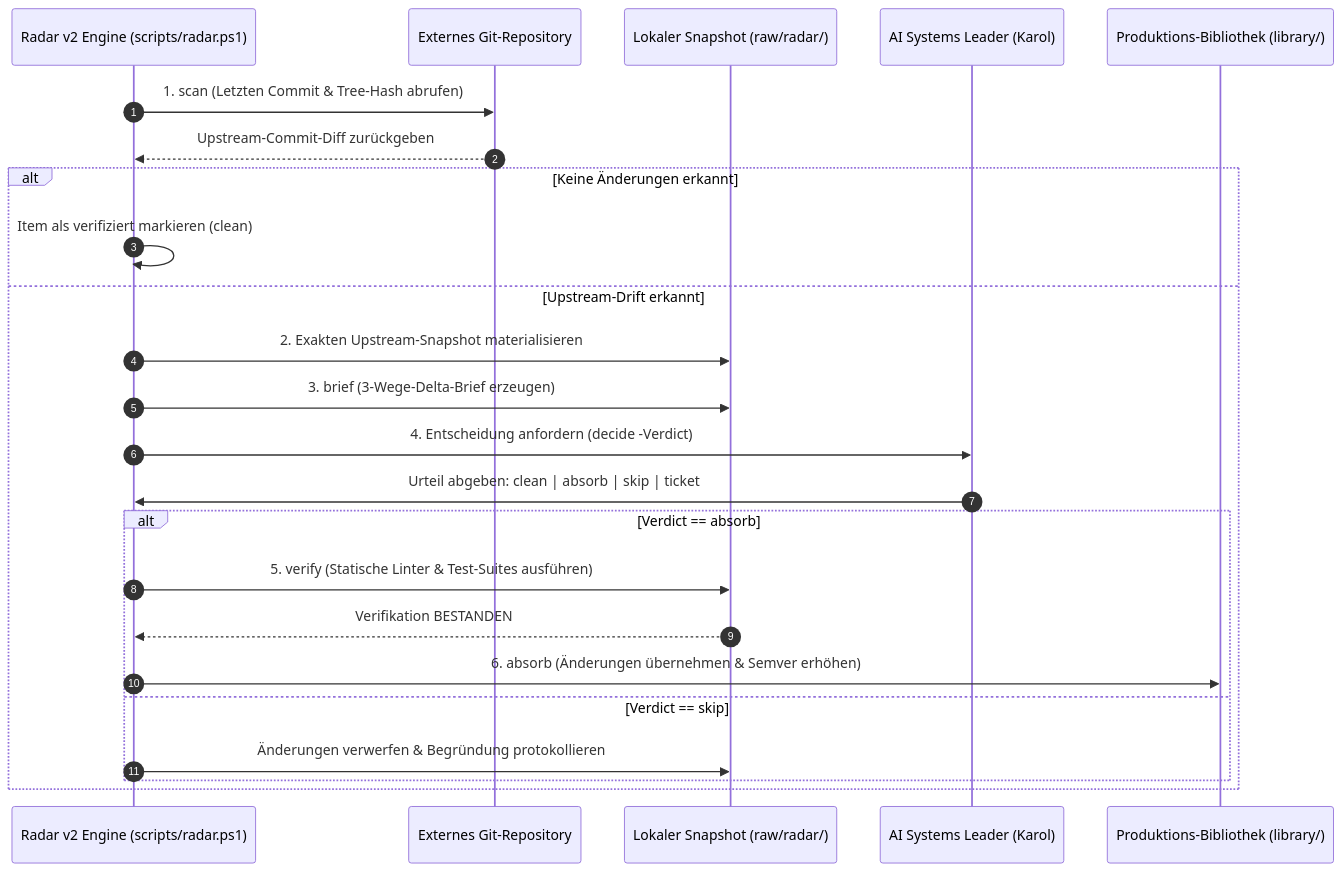
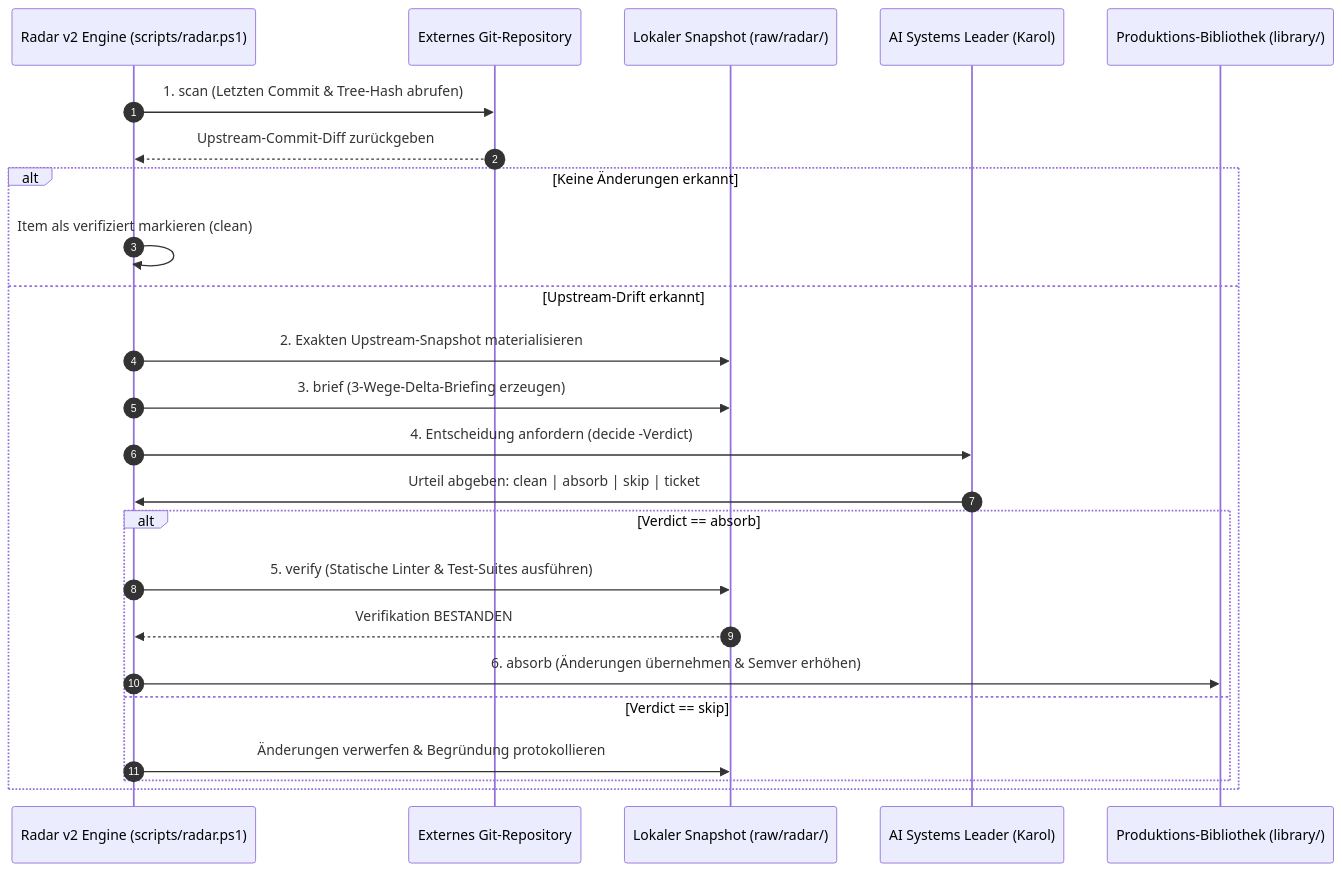
One commit to Deadpoolio92/portfolio changed the third of 3 diagrams in de/zero-trust-agent-architecture.md. Above: the diagram before and after it, drawn with Mermaid. The commit also changed other lines of this file and 25 other files, not shown here.

````diff
--- a/de/zero-trust-agent-architecture.md
+++ b/de/zero-trust-agent-architecture.md
@@ -508,27 +508,27 @@
 ```mermaid
 sequenceDiagram
     autonumber
     participant Engine as Radar v2 Engine (scripts/radar.ps1)
     participant Upstream as Externes Git-Repository
     participant Staging as Lokaler Snapshot (raw/radar/)
     participant Human as AI Systems Leader (Karol)
     participant Lib as Produktions-Bibliothek (library/)
 
     Engine->>Upstream: 1. scan (Letzten Commit & Tree-Hash abrufen)
     Upstream-->>Engine: Upstream-Commit-Diff zurückgeben
     alt Keine Änderungen erkannt
         Engine->>Engine: Item als verifiziert markieren (clean)
     else Upstream-Drift erkannt
         Engine->>Staging: 2. Exakten Upstream-Snapshot materialisieren
-        Engine->>Staging: 3. brief (3-Wege-Delta-Brief erzeugen)
+        Engine->>Staging: 3. brief (3-Wege-Delta-Briefing erzeugen)
         Engine->>Human: 4. Entscheidung anfordern (decide -Verdict)
         Human->>Engine: Urteil abgeben: clean | absorb | skip | ticket
         alt Verdict == absorb
             Engine->>Staging: 5. verify (Statische Linter & Test-Suites ausführen)
             Staging-->>Engine: Verifikation BESTANDEN
             Engine->>Lib: 6. absorb (Änderungen übernehmen & Semver erhöhen)
         else Verdict == skip
             Engine->>Staging: Änderungen verwerfen & Begründung protokollieren
         end
     end
 ```
````
